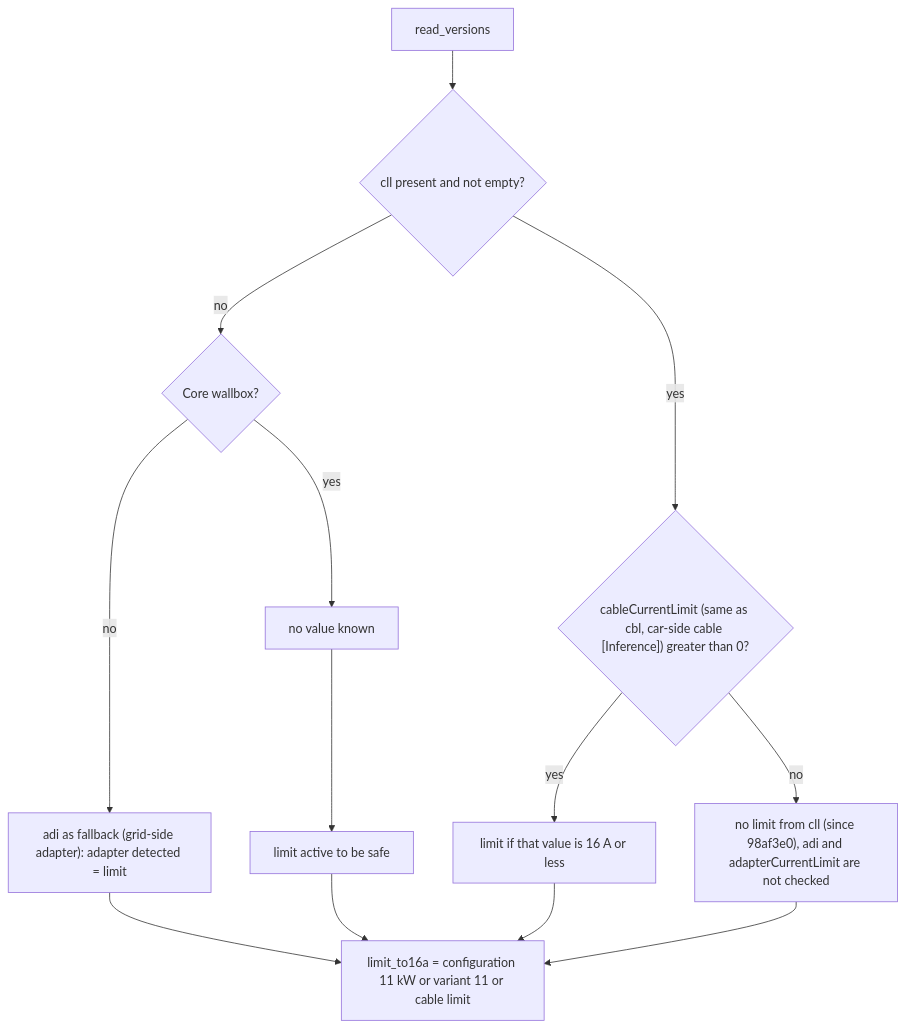
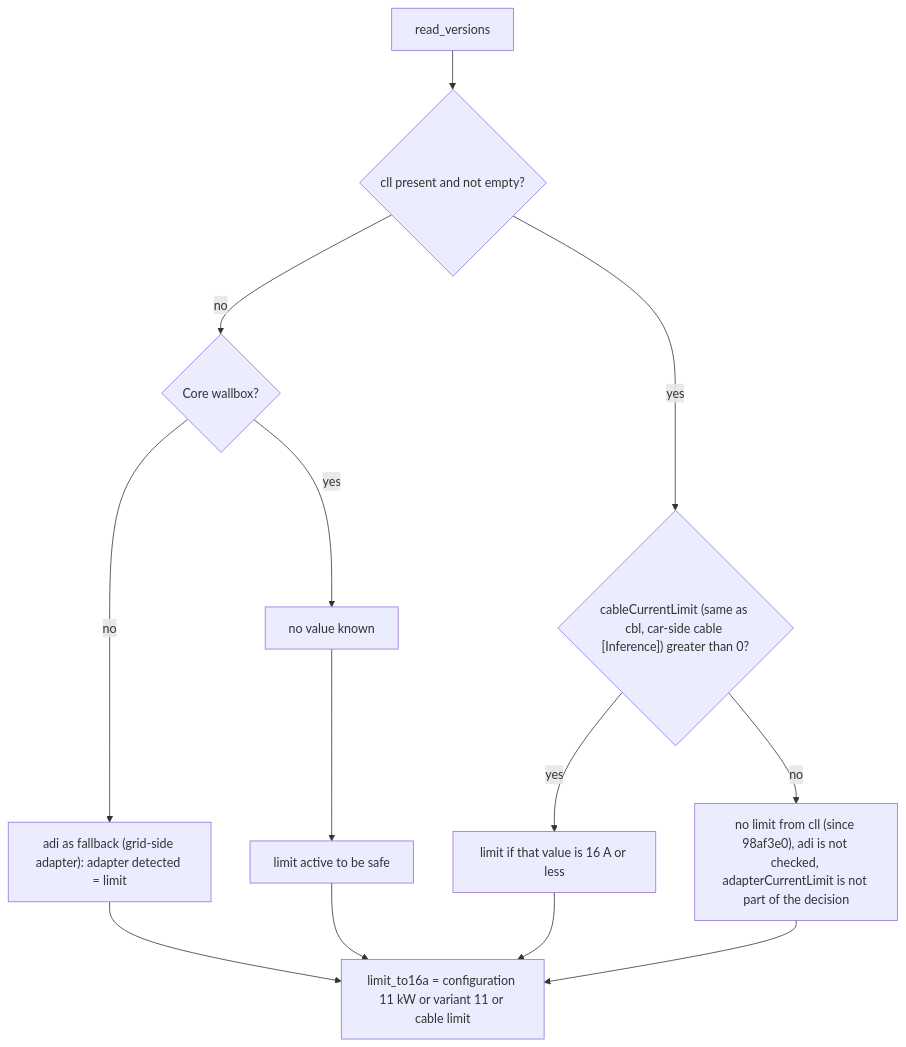
The tenth of 12 diagrams in docs/architecture/arc42-ha-goecharger-api2.md (OliEder/ha-goecharger-api2), drawn with Mermaid before and after one commit. The commit also changed other lines of this file and 6 other files, not shown here.

First line of the commit message:
docs: validate R011, R019, R031, R033 against code, packages and a device; adapterCurrentLimit is shown, not used for the decision

````diff
--- a/docs/architecture/arc42-ha-goecharger-api2.md
+++ b/docs/architecture/arc42-ha-goecharger-api2.md
@@ -430,15 +430,15 @@
 ```mermaid
 flowchart TD
     A["read_versions"] --> B{"cll present and not empty?"}
     B -- no --> F{"Core wallbox?"}
     F -- no --> G["adi as fallback (grid-side adapter): adapter detected = limit"]
     F -- yes --> H["no value known"]
     B -- yes --> C{"cableCurrentLimit (same as cbl, car-side cable [Inference]) greater than 0?"}
     C -- yes --> D["limit if that value is 16 A or less"]
-    C -- no --> E["no limit from cll (since 98af3e0), adi and adapterCurrentLimit are not checked"]
+    C -- no --> E["no limit from cll (since 98af3e0), adi is not checked, adapterCurrentLimit is not part of the decision"]
     G --> I
     H --> J["limit active to be safe"]
     D --> I["limit_to16a = configuration 11 kW or variant 11 or cable limit"]
     E --> I
     J --> I
 ```
````
